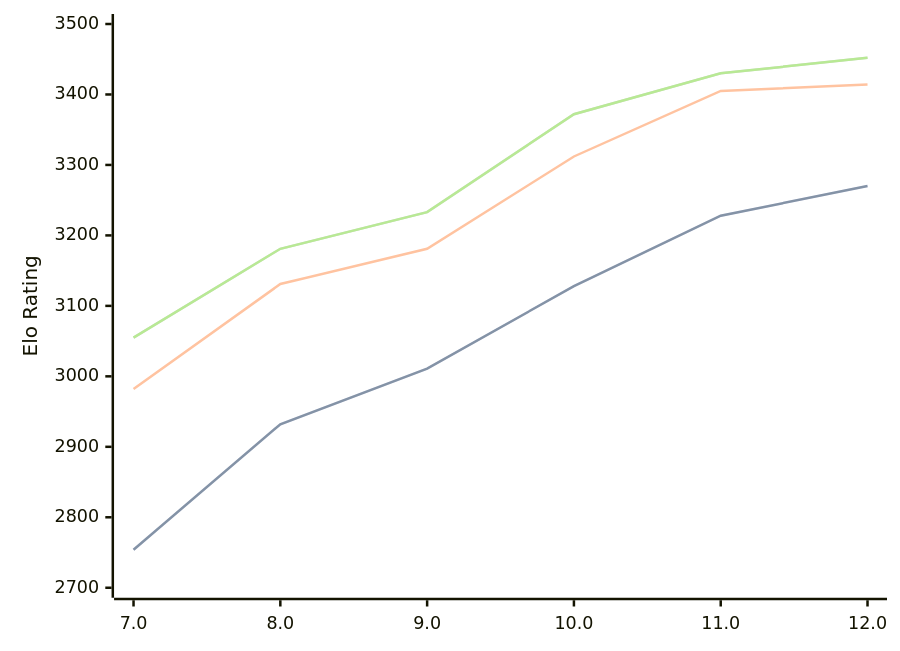
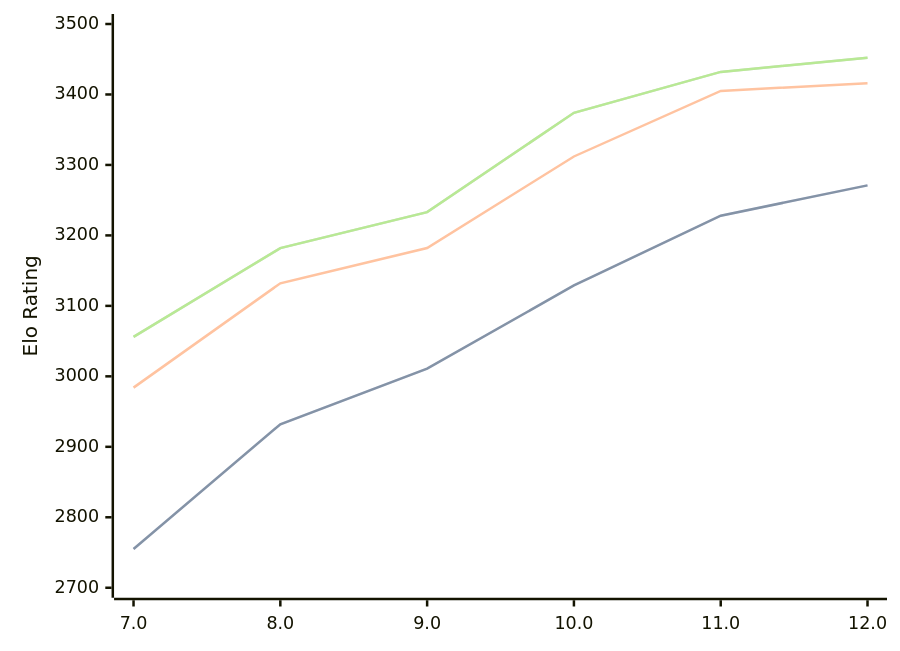
One commit to computer-chess-index/cci changed the third of 3 diagrams in engines/Tcheran.md. Above: the diagram before and after it, drawn with Mermaid. The commit also changed other lines of this file, not shown here.

Commit message:
Update CCI Ratings (ELO VLTC) - 2026-07-02

````diff
--- a/engines/Tcheran.md
+++ b/engines/Tcheran.md
@@ -83,11 +83,11 @@
 ```mermaid
 %%{init: {"theme":"base","themeVariables":{"seriesColors:['#a3a3a3','#222221','#faa371']}}}%%
 xychart-beta
   x-axis ["7.0", "8.0", "9.0", "10.0", "11.0", "12.0"]
   y-axis "Elo Rating" 2700 --> 3500
-  line "STC (8.0+0.08s)" [2754, 2932, 3011, 3128, 3228, 3270]
-  line "STC (8.0+0.08s)" [2754, 2932, 3011, 3128, 3228, 3270]
-  line "LTC (60.0+0.60s)" [2982, 3131, 3181, 3312, 3405, 3414]
-  line "VLTC (2m24s+1.12s)" [3055, 3181, 3233, 3372, 3430, 3452]
-  line "VLTC (2m24s+1.12s)" [3055, 3181, 3233, 3372, 3430, 3452]
+  line "STC (8.0+0.08s)" [2755, 2932, 3011, 3129, 3228, 3271]
+  line "STC (8.0+0.08s)" [2755, 2932, 3011, 3129, 3228, 3271]
+  line "LTC (60.0+0.60s)" [2984, 3132, 3182, 3312, 3405, 3416]
+  line "VLTC (2m24s+1.12s)" [3056, 3182, 3233, 3374, 3432, 3452]
+  line "VLTC (2m24s+1.12s)" [3056, 3182, 3233, 3374, 3432, 3452]
 ```
````
